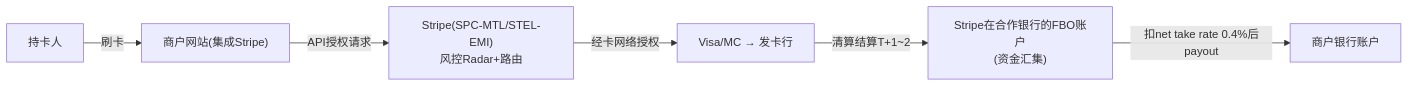
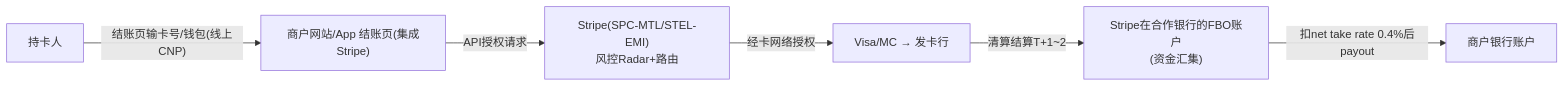
Before and after one commit to loong-ju/tech-research: the second of 7 diagrams in payment/traditional-payment/02c-epayment-players/stripe.md, drawn with Mermaid. The commit also changed other lines of this file, not shown here.

````diff
--- a/payment/traditional-payment/02c-epayment-players/stripe.md
+++ b/payment/traditional-payment/02c-epayment-players/stripe.md
@@ -81,8 +82,8 @@
 ```mermaid
 flowchart LR
-    BUYER["持卡人"] -->|刷卡| SITE["商户网站(集成Stripe)"]
+    BUYER["持卡人"] -->|"结账页输卡号/钱包(线上CNP)"| SITE["商户网站/App 结账页(集成Stripe)"]
     SITE -->|API授权请求| STRIPE["Stripe(SPC-MTL/STEL-EMI)<br/>风控Radar+路由"]
     STRIPE -->|经卡网络授权| NET["Visa/MC → 发卡行"]
     NET -->|清算结算T+1~2| FBO["Stripe在合作银行的FBO账户<br/>(资金汇集)"]
     FBO -->|扣net take rate 0.4%后payout| MBANK["商户银行账户"]
 ```
````
